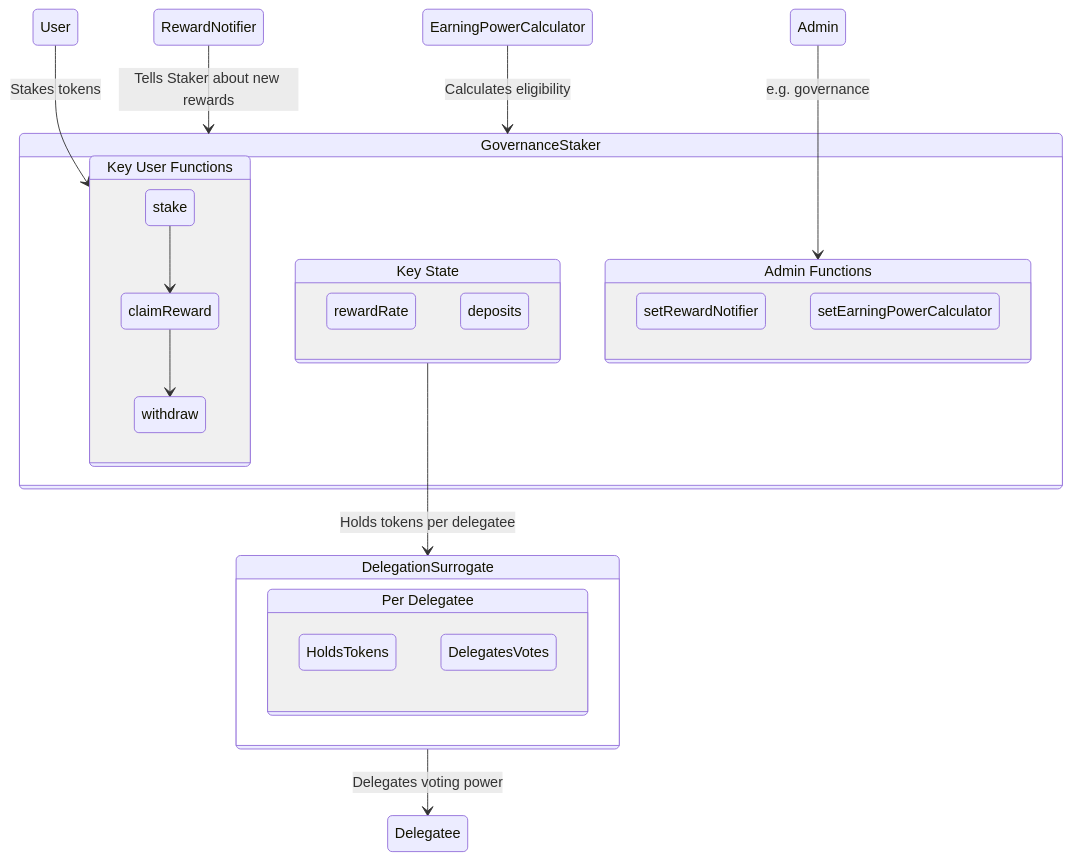
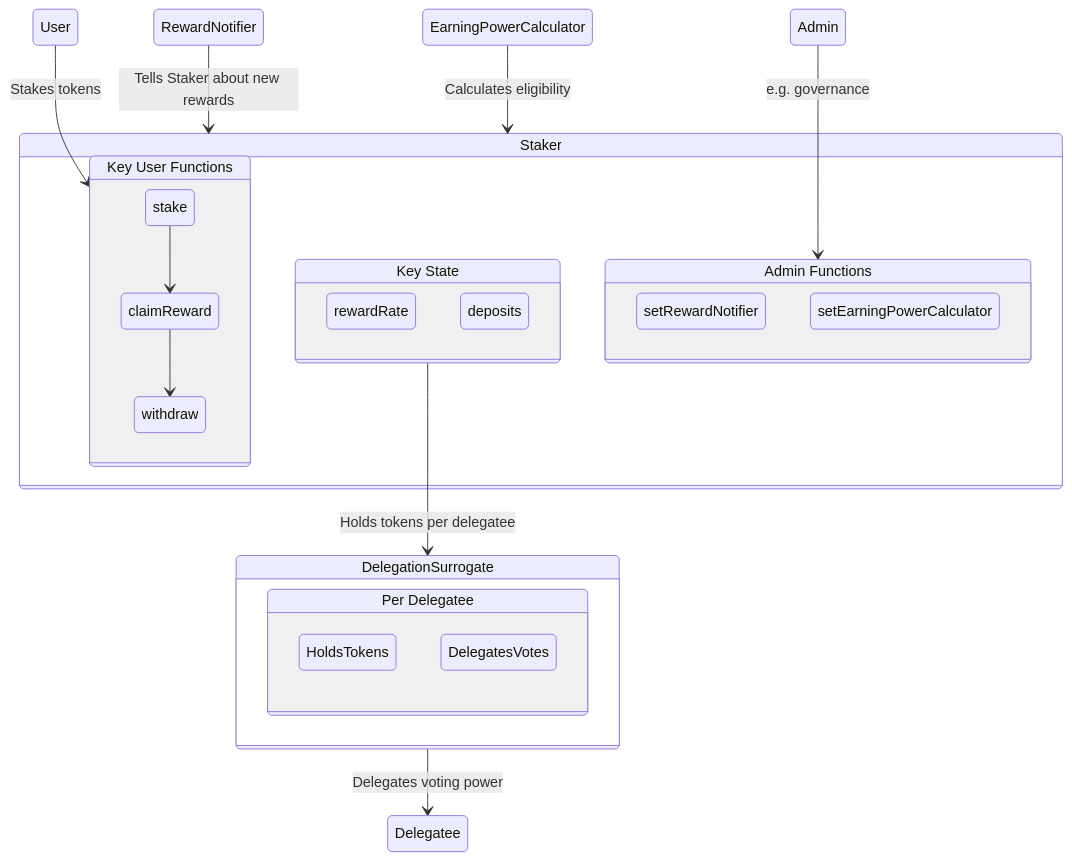
The first of 2 diagrams in README.md (withtally/staker), drawn with Mermaid before and after one commit. The commit also changed other lines of this file, not shown here.

````diff
--- a/README.md
+++ b/README.md
@@ -31,40 +43,40 @@
 ```mermaid
 
 stateDiagram-v2
     direction TB
 
     User --> CUF: Stakes tokens
 
-    state GovernanceStaker {
+    state Staker {
         state "Key User Functions" as CUF {
             stake --> claimReward
             claimReward --> withdraw
         }
 
         state "Key State" as KS {
             rewardRate
             deposits
         }
 
         state "Admin Functions" as CAF {
             setRewardNotifier
             setEarningPowerCalculator
         }
     }
 
     state DelegationSurrogate {
         state "Per Delegatee" as PD {
             HoldsTokens
             DelegatesVotes
         }
     }
 
     KS  --> DelegationSurrogate: Holds tokens per delegatee
     DelegationSurrogate --> Delegatee: Delegates voting power
     Admin --> CAF: e.g. governance
 
-    RewardNotifier --> GovernanceStaker: Tells Staker about new rewards
-    EarningPowerCalculator --> GovernanceStaker: Calculates eligibility
+    RewardNotifier --> Staker: Tells Staker about new rewards
+    EarningPowerCalculator --> Staker: Calculates eligibility
 
 
 ```
````
